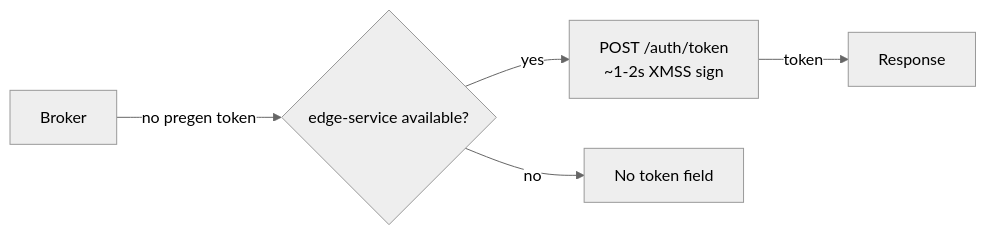
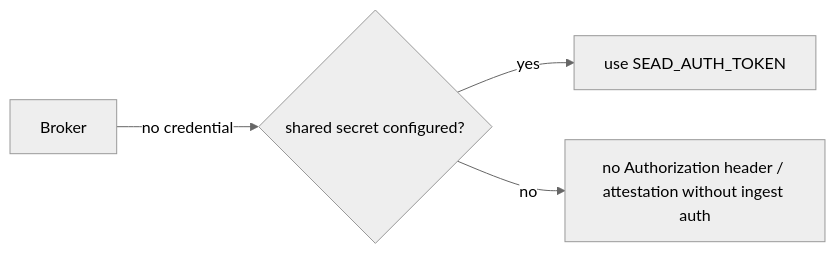
One commit to Stardome-technology/stardome-sead-broker changed the third of 3 diagrams in README.md. Above: the diagram before and after it, drawn with Mermaid (neutral theme). The commit also changed other lines of this file, not shown here.

Commit message:
Refactor authentication flow in README.md to clarify shared secret usage for gateway integration

````diff
--- a/README.md
+++ b/README.md
@@ -40,7 +43,6 @@
 ```mermaid
 flowchart LR
-    A[Broker] -->|no pregen token| B{edge-service available?}
-    B -->|yes| C[POST /auth/token\n~1-2s XMSS sign]
-    C -->|token| D[Response]
-    B -->|no| E[No token field]
+    A[Broker] -->|no credential| B{shared secret configured?}
+    B -->|yes| C[use SEAD_AUTH_TOKEN]
+    B -->|no| D[no Authorization header / attestation without ingest auth]
 ```
````
